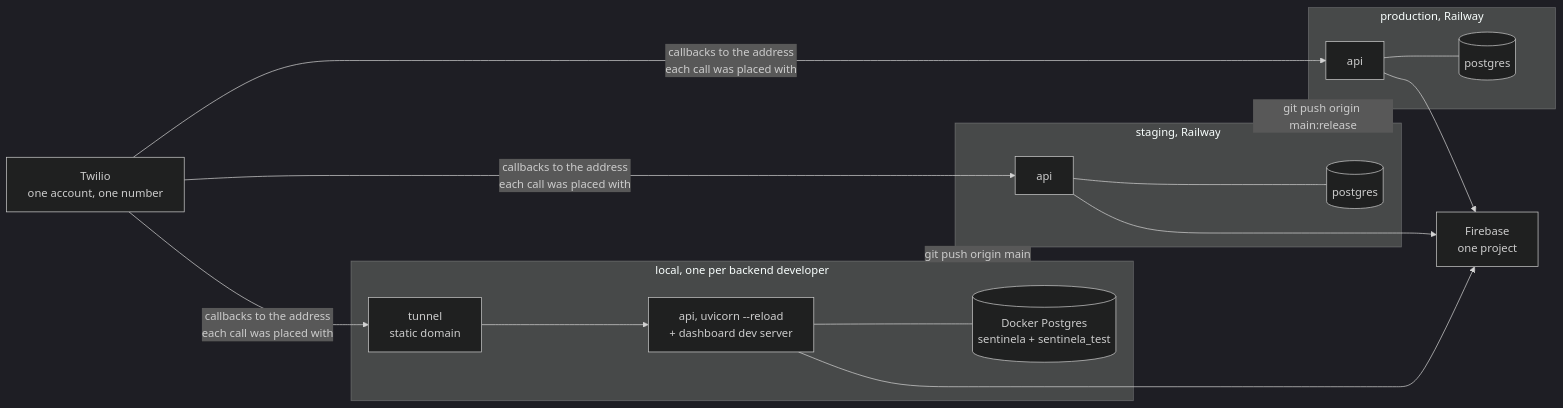
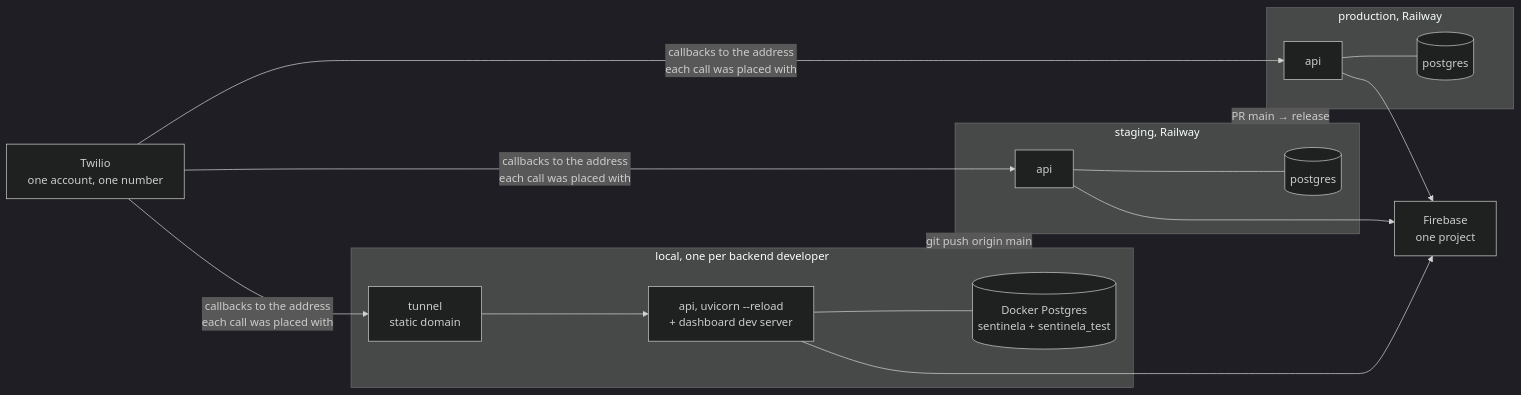
Before and after one commit to paulhondola/EchoCare: the second of 3 diagrams in docs/adr/ADR-001-monorepo-and-delivery.md, drawn with Mermaid (dark theme). The commit also changed other lines of this file, not shown here.

Commit message:
Promote to release through a pull request in ADR-001

````diff
--- a/docs/adr/ADR-001-monorepo-and-delivery.md
+++ b/docs/adr/ADR-001-monorepo-and-delivery.md
@@ -331,26 +331,26 @@
 ```mermaid
 flowchart LR
     subgraph L["local, one per backend developer"]
         LAPI["api, uvicorn --reload<br/>+ dashboard dev server"]
         LDB[("Docker Postgres<br/>sentinela + sentinela_test")]
         TUN["tunnel<br/>static domain"]
         LAPI --- LDB
         TUN --> LAPI
     end
 
     subgraph S["staging, Railway"]
         SAPI["api"] --- SDB[("postgres")]
     end
 
     subgraph P["production, Railway"]
         PAPI["api"] --- PDB[("postgres")]
     end
 
     TW["Twilio<br/>one account, one number"]
     FB["Firebase<br/>one project"]
 
     L -->|"git push origin main"| S
-    S -->|"git push origin main:release"| P
+    S -->|"PR main → release"| P
     TW -->|"callbacks to the address<br/>each call was placed with"| TUN & SAPI & PAPI
     LAPI & SAPI & PAPI --> FB
 ```
````
